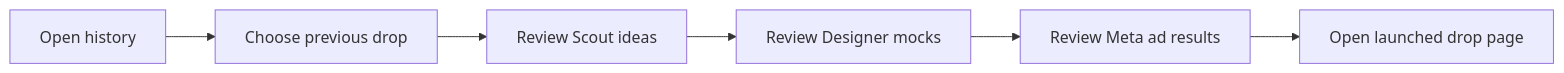
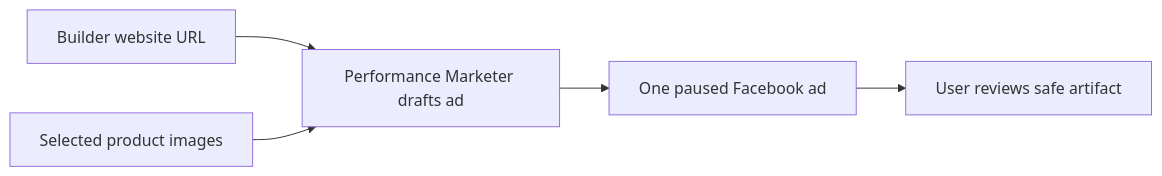
The sixth of 6 diagrams in docs/PRD.md (neilsanghrajka/drip), drawn with Mermaid before and after one commit. The commit also changed other lines of this file and 26 other files, not shown here.

````diff
--- a/docs/PRD.md
+++ b/docs/PRD.md
@@ -391,11 +287,12 @@
 ```mermaid
 flowchart LR
-  A["Open history"]
-  B["Choose previous drop"]
-  C["Review Scout ideas"]
-  D["Review Designer mocks"]
-  E["Review Meta ad results"]
-  F["Open launched drop page"]
+  A["Builder website URL"]
+  B["Selected product images"]
+  C["Performance Marketer drafts ad"]
+  D["One paused Facebook ad"]
+  E["User reviews safe artifact"]
 
-  A --> B --> C --> D --> E --> F
+  A --> C
+  B --> C
+  C --> D --> E
 ```
````
